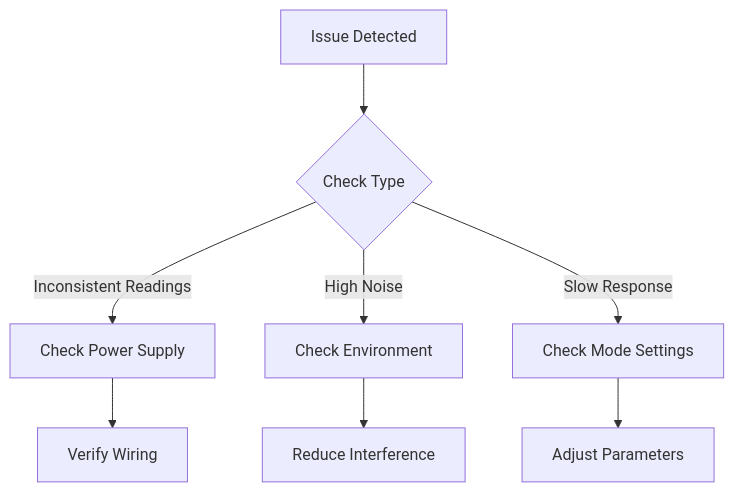
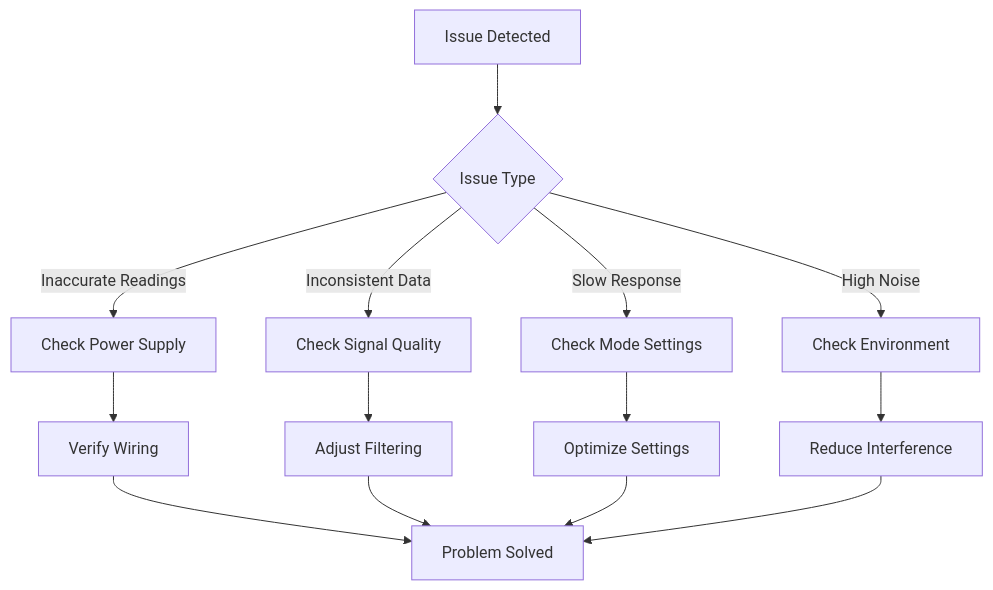
One commit to khairul-me/SR04Advanced changed the eighth of 8 diagrams in README.md. Above: the diagram before and after it, drawn with Mermaid. The commit also changed other lines of this file, not shown here.

````diff
--- a/README.md
+++ b/README.md
@@ -203,11 +244,19 @@
 ```mermaid
 graph TD
-    A[Issue Detected] --> B{Check Type}
-    B -->|Inconsistent Readings| C[Check Power Supply]
-    B -->|High Noise| D[Check Environment]
-    B -->|Slow Response| E[Check Mode Settings]
+    Start[Issue Detected] --> Type{Issue Type}
     
-    C --> F[Verify Wiring]
-    D --> G[Reduce Interference]
-    E --> H[Adjust Parameters]
+    Type -->|Inaccurate Readings| Power[Check Power Supply]
+    Type -->|Inconsistent Data| Signal[Check Signal Quality]
+    Type -->|Slow Response| Mode[Check Mode Settings]
+    Type -->|High Noise| Environment[Check Environment]
+    
+    Power --> Wiring[Verify Wiring]
+    Signal --> Filtering[Adjust Filtering]
+    Mode --> Settings[Optimize Settings]
+    Environment --> Interference[Reduce Interference]
+    
+    Wiring --> Solution[Problem Solved]
+    Filtering --> Solution
+    Settings --> Solution
+    Interference --> Solution
 ```
````
